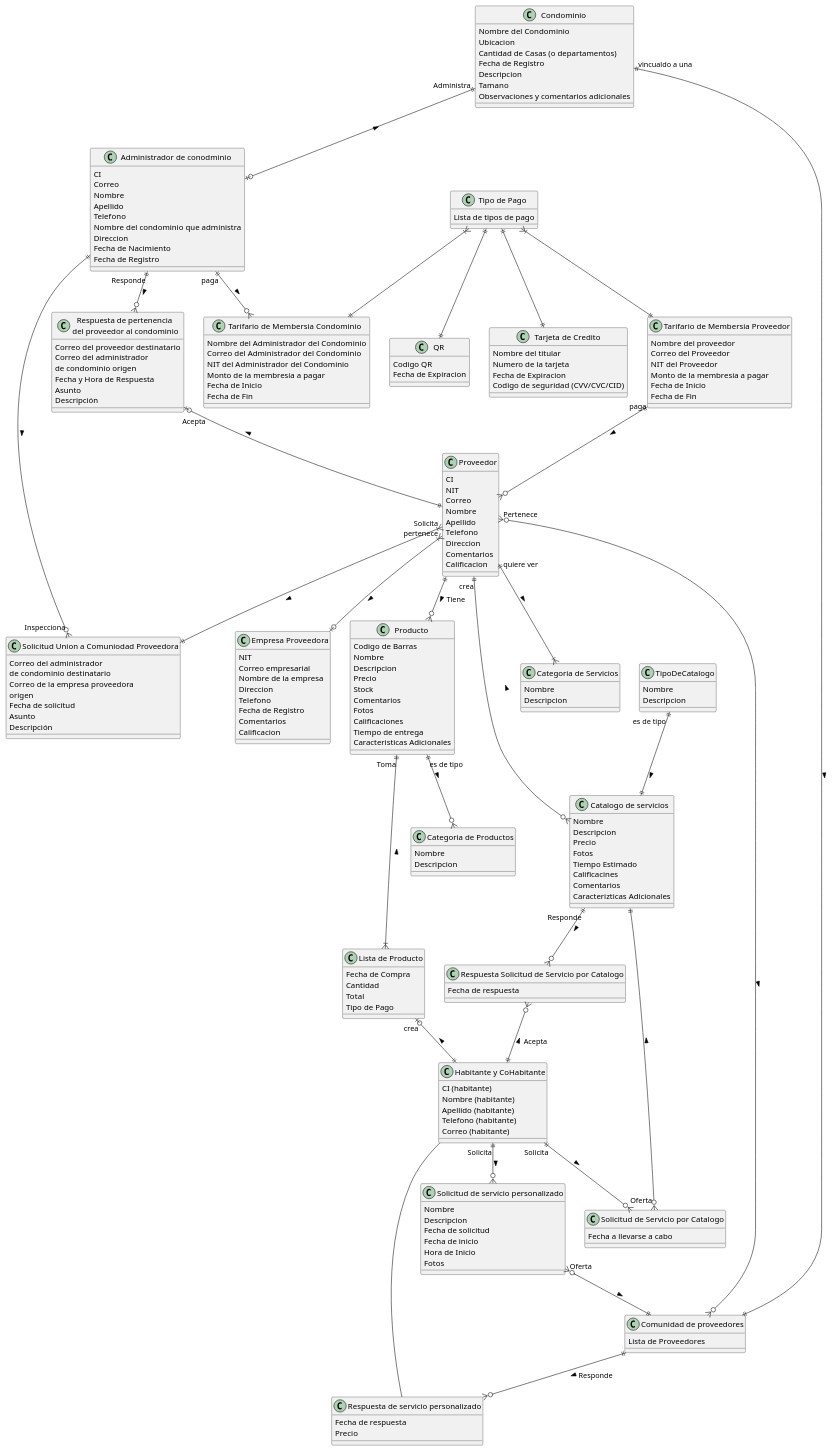
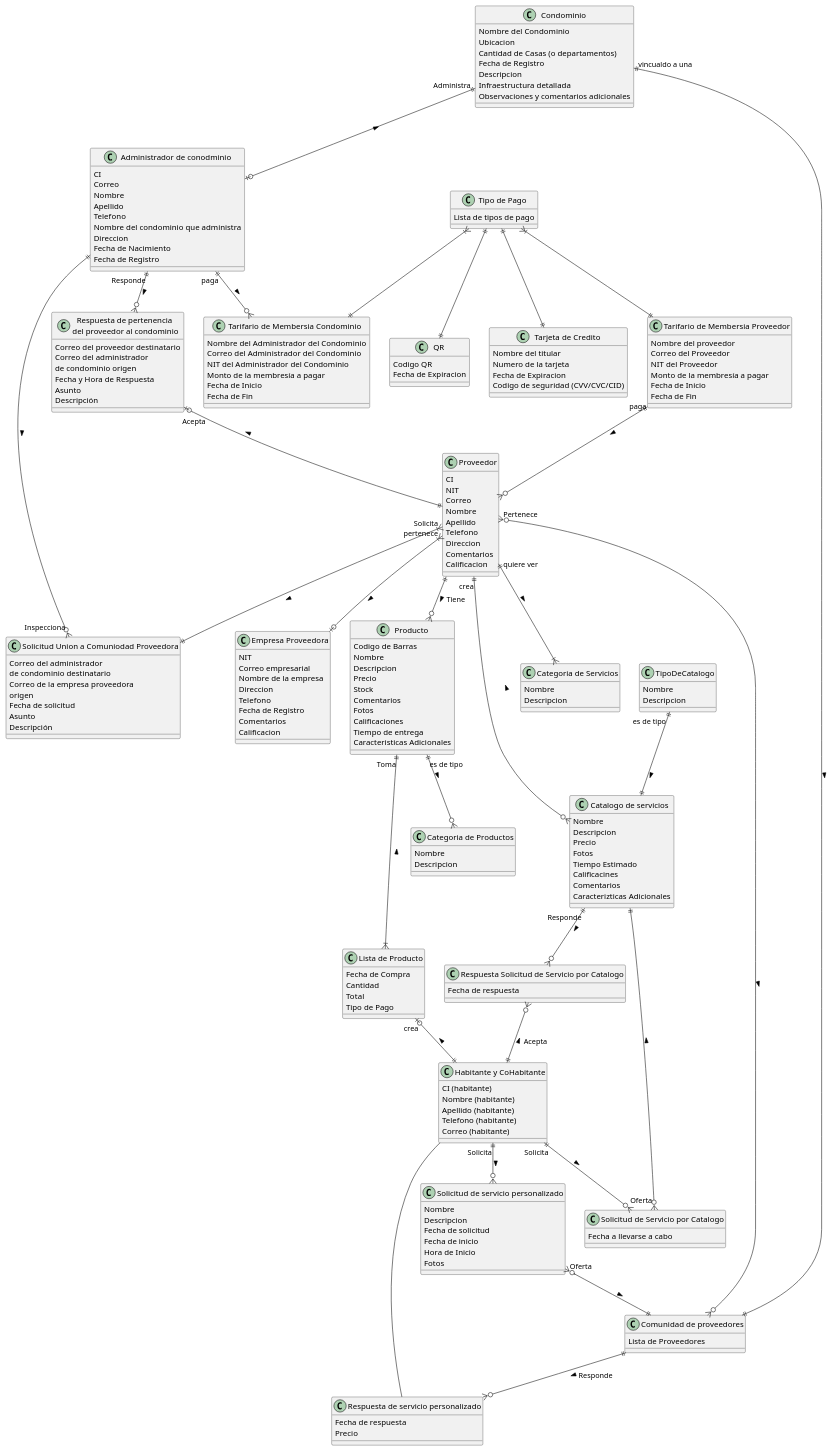
One commit to UPSA-Projects/docs-condominio changed the diagram in docs/src/domain-model/domain-model.wsd. Above: the diagram before and after it, drawn with PlantUML. The commit also changed 1 other file, not shown here.

Commit message:
attr condo insfra detallada

```diff
--- a/docs/src/domain-model/domain-model.wsd
+++ b/docs/src/domain-model/domain-model.wsd
@@ -20,7 +20,7 @@
   {field} Cantidad de Casas (o departamentos)
   {field} Fecha de Registro
   {field} Descripcion
-  {field} Tamano
+  {field} Infraestructura detallada
   {field} Observaciones y comentarios adicionales
 }
 
```
